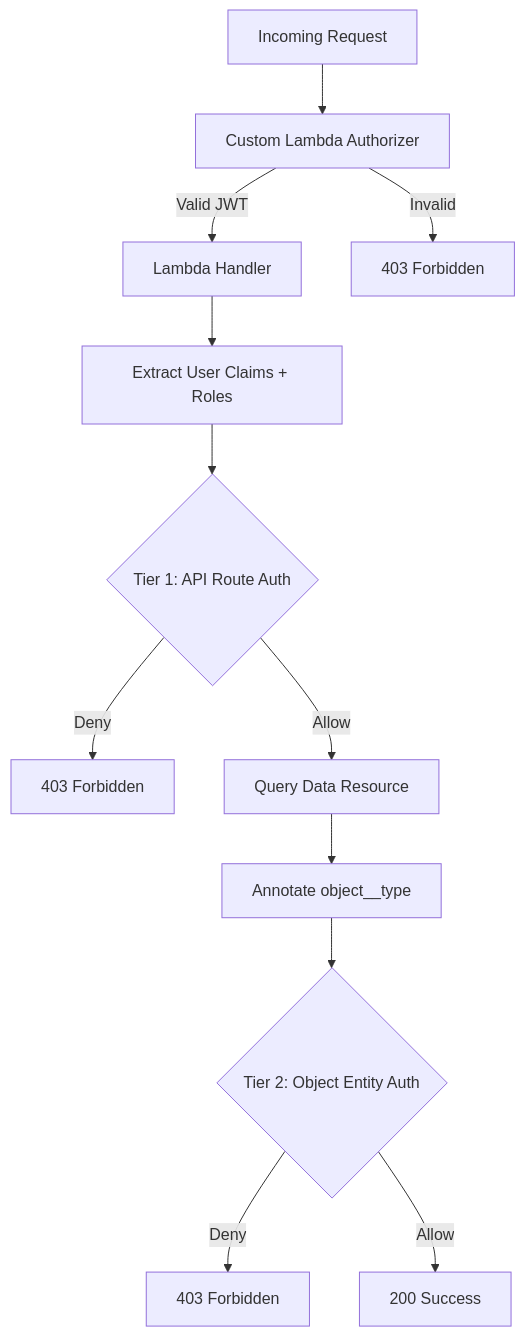
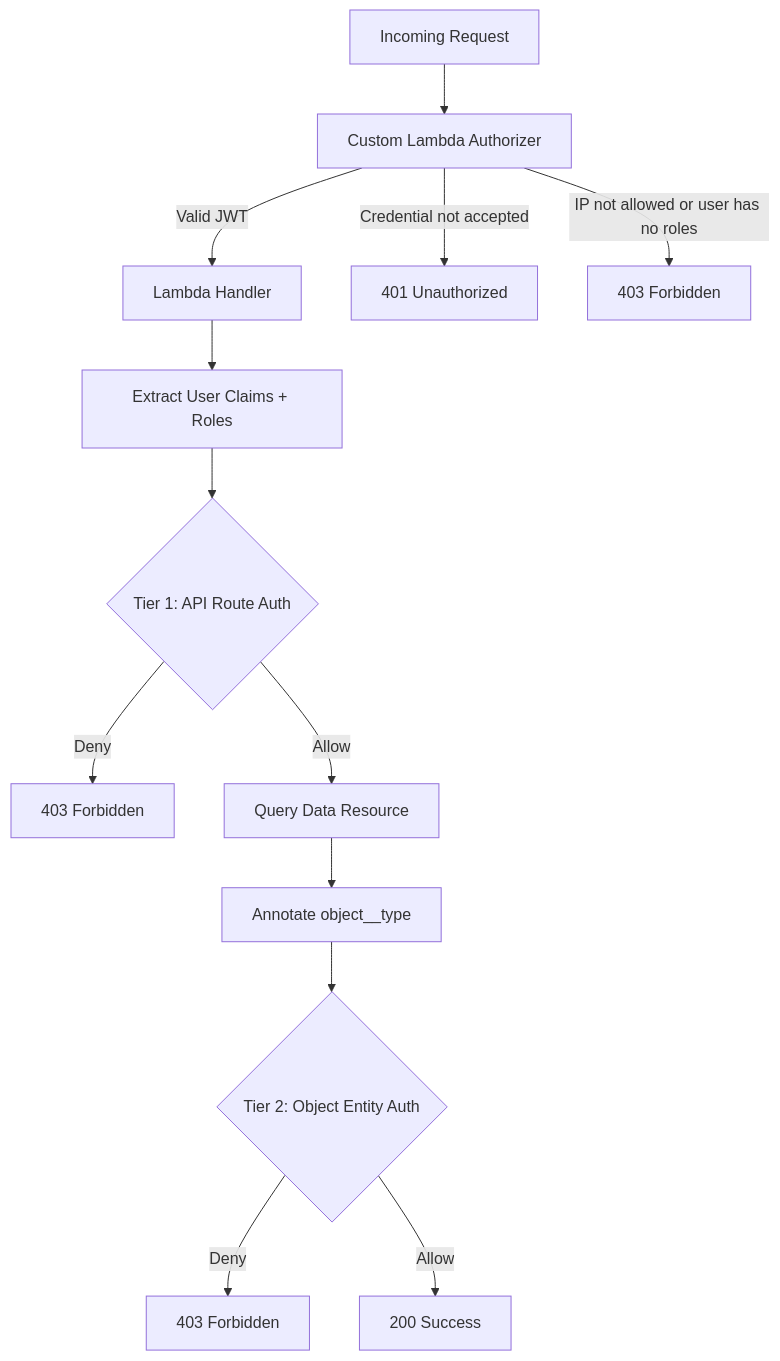
Before and after one commit to awslabs/visual-asset-management-system: the diagram in documentation/docusaurus-site/docs/architecture/security.md, drawn with Mermaid. The commit also changed 11 other files, not shown here.

````diff
--- a/documentation/docusaurus-site/docs/architecture/security.md
+++ b/documentation/docusaurus-site/docs/architecture/security.md
@@ -242,15 +242,16 @@
 ```mermaid
 flowchart TD
     REQ["Incoming Request"] --> AUTH["Custom Lambda Authorizer"]
     AUTH -->|Valid JWT| HANDLER["Lambda Handler"]
-    AUTH -->|Invalid| DENY1["403 Forbidden"]
+    AUTH -->|Credential not accepted| DENY0["401 Unauthorized"]
+    AUTH -->|IP not allowed or user has no roles| DENY1["403 Forbidden"]
 
     HANDLER --> CLAIMS["Extract User Claims + Roles"]
     CLAIMS --> T1{"Tier 1: API Route Auth"}
     T1 -->|Deny| DENY2["403 Forbidden"]
     T1 -->|Allow| QUERY["Query Data Resource"]
     QUERY --> ANNOTATE["Annotate object__type"]
     ANNOTATE --> T2{"Tier 2: Object Entity Auth"}
     T2 -->|Deny| DENY3["403 Forbidden"]
     T2 -->|Allow| RESPONSE["200 Success"]
 ```
````
